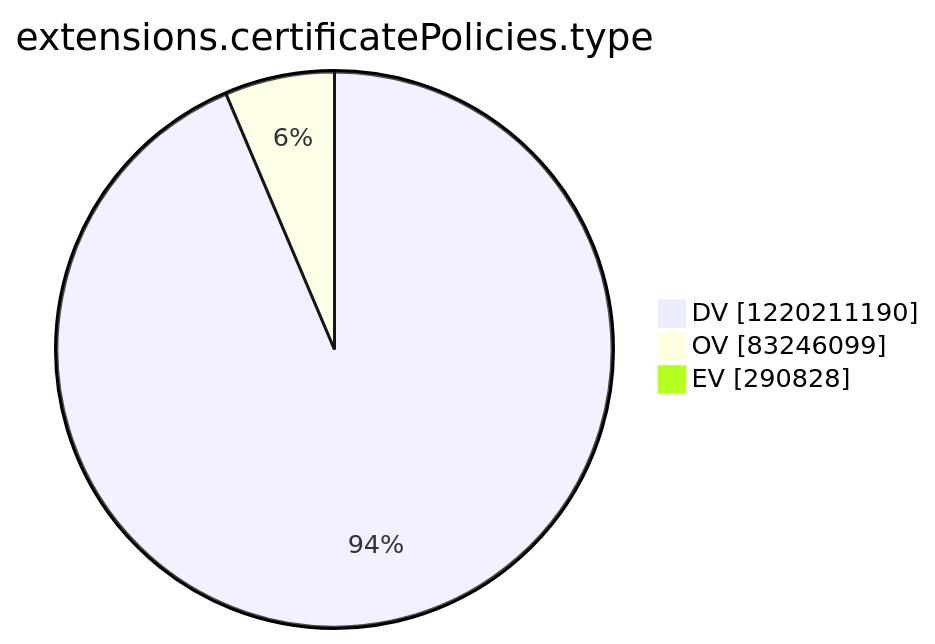
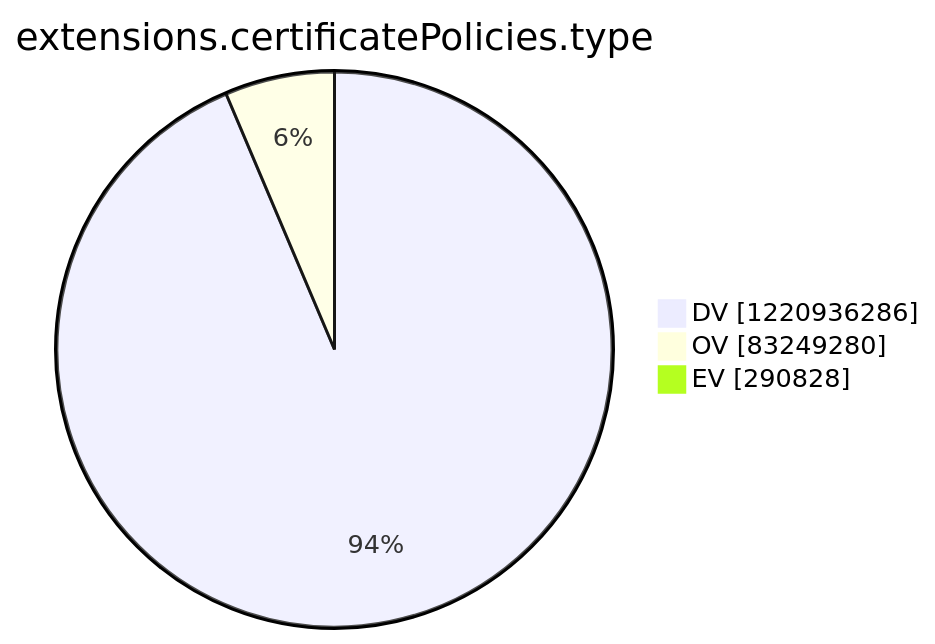
Before and after one commit to christiankrug/ctmonitor_visualization: the tenth of 15 diagrams in argon2022/README.md, drawn with Mermaid. The commit also changed other lines of this file, not shown here.

````diff
--- a/argon2022/README.md
+++ b/argon2022/README.md
@@ -2769,7 +2769,7 @@
 ```mermaid
 pie showData
 title extensions.certificatePolicies.type
-"DV" :1220211190
-"OV" :83246099
+"DV" :1220936286
+"OV" :83249280
 "EV" :290828
 ```
````
